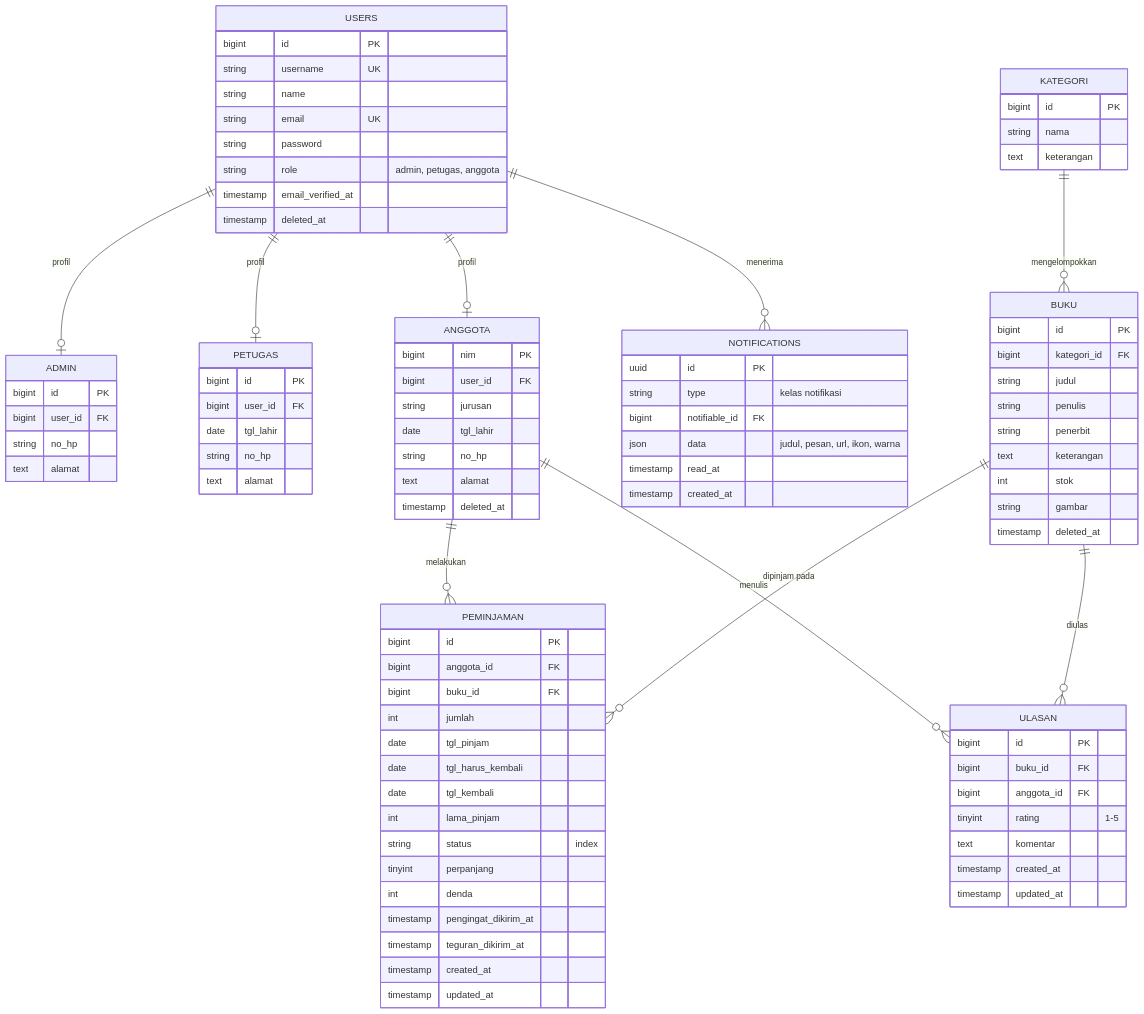
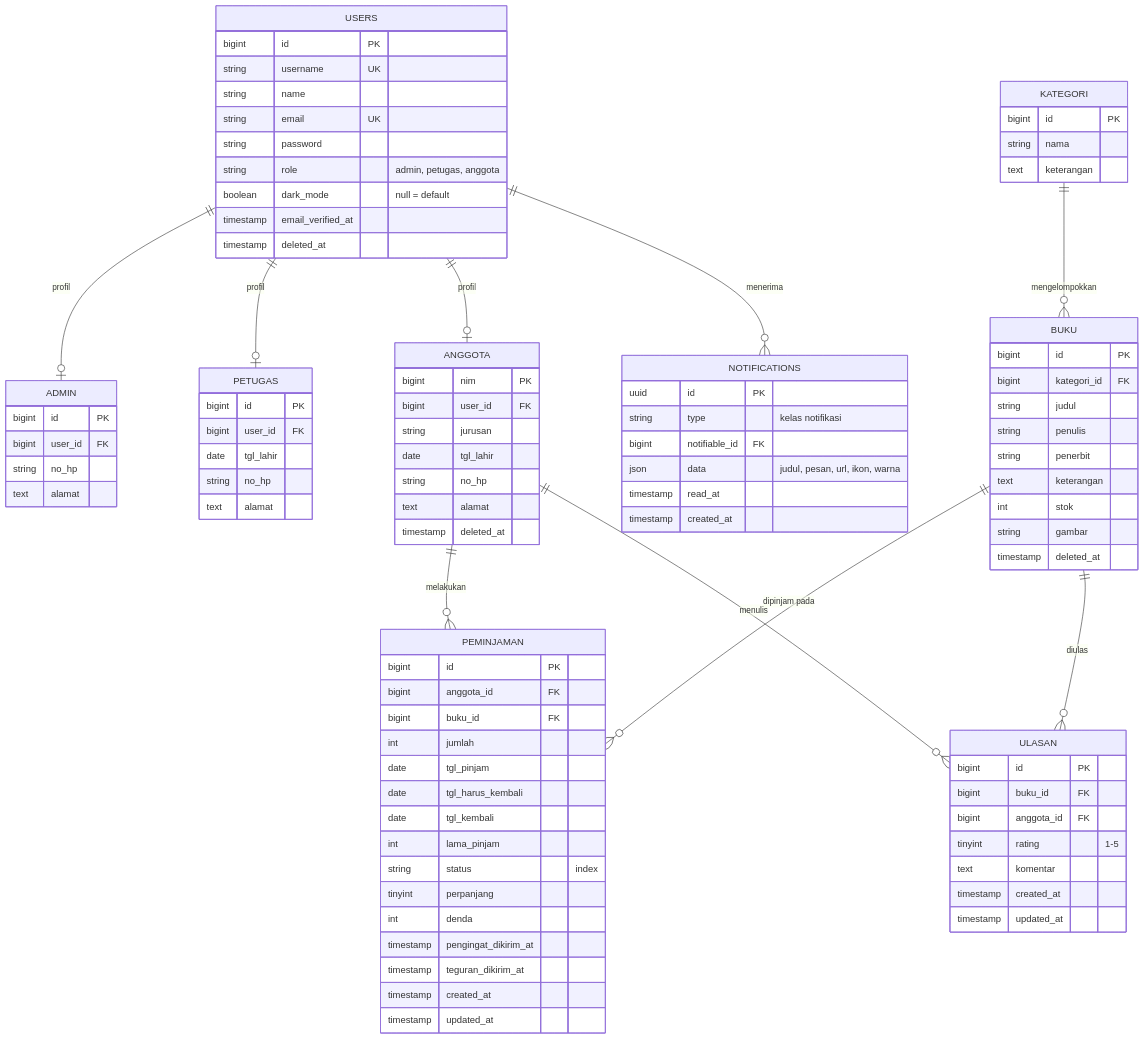
The first of 2 diagrams in README.md (Almasyriqi/Laravel_Web_Perpustakaan), drawn with Mermaid before and after one commit. The commit also changed other lines of this file and 5 other files, not shown here.

First line of the commit message:
feat: preferensi dark mode tersimpan per akun

```diff
--- a/README.md
+++ b/README.md
@@ -170,6 +170,7 @@
         string email UK
         string password
         string role "admin, petugas, anggota"
+        boolean dark_mode "null = default"
         timestamp email_verified_at
         timestamp deleted_at
     }
```
